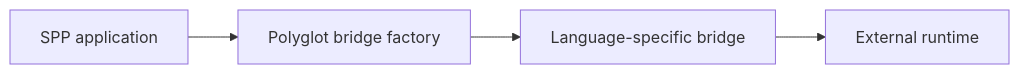
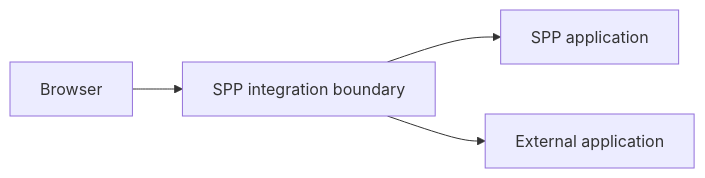
One commit to shuklasp/spp changed the fifth of 9 diagrams in documentation/handbook/21-enterprise-architecture-and-deployment.md. Above: the diagram before and after it, drawn with Mermaid. The commit also changed other lines of this file, not shown here.

Commit message:
Deep rewrite enterprise architecture and deployment for beginner to advanced

````diff
--- a/documentation/handbook/21-enterprise-architecture-and-deployment.md
+++ b/documentation/handbook/21-enterprise-architecture-and-deployment.md
@@ -133,6 +152,6 @@
 ```mermaid
 flowchart LR
-    A[SPP application] --> B[Polyglot bridge factory]
-    B --> C[Language-specific bridge]
-    C --> D[External runtime]
+    U[Browser] --> I[SPP integration boundary]
+    I --> S[SPP application]
+    I --> X[External application]
 ```
````
